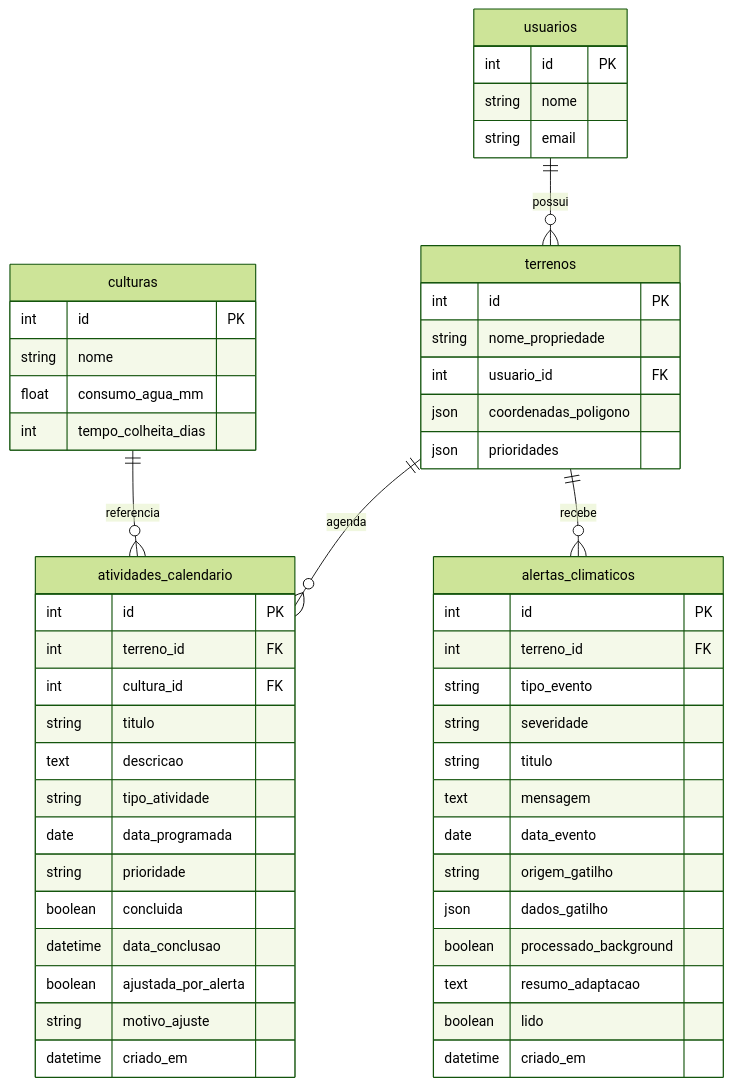
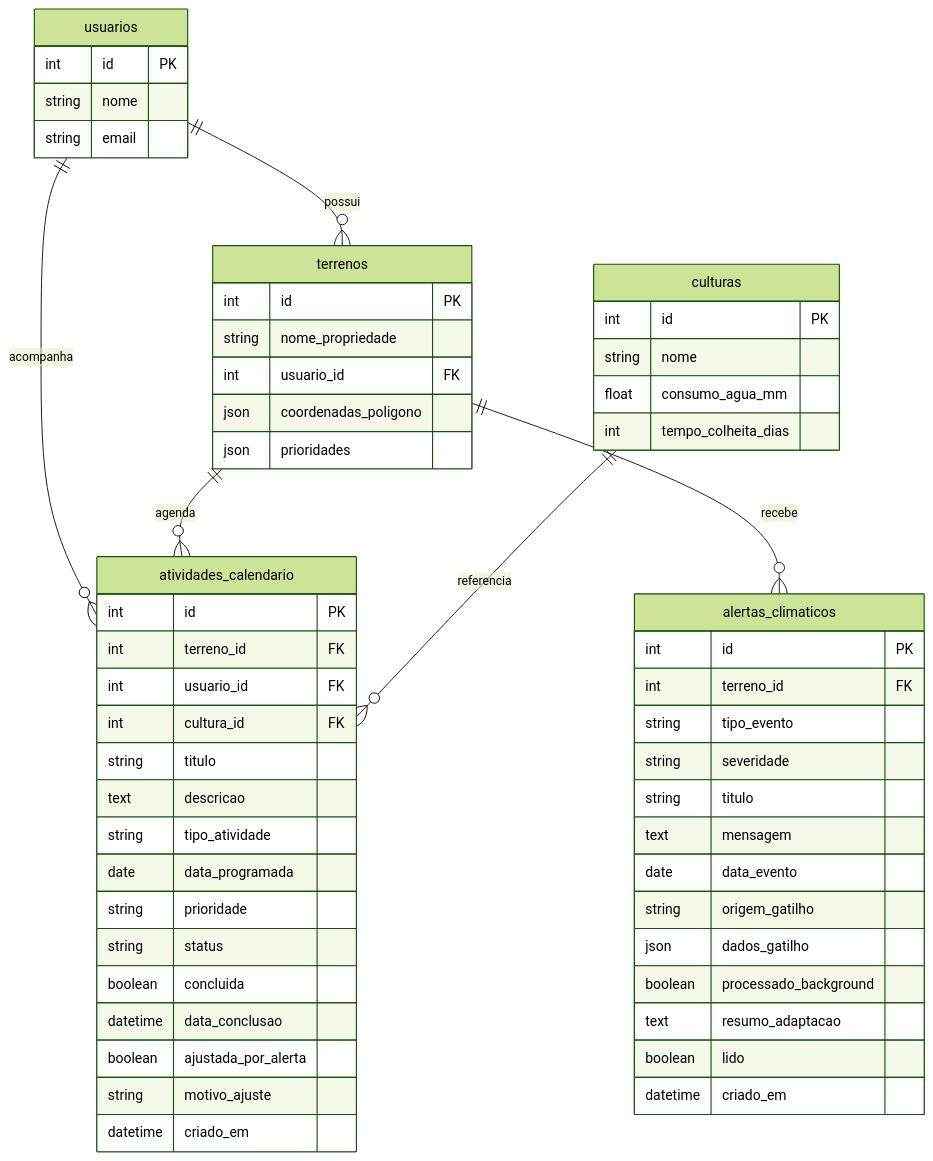
One commit to EdsonToppzera/kultiva changed the first of 3 diagrams in docs/Arquitetura/README.md. Above: the diagram before and after it, drawn with Mermaid (forest theme). The commit also changed other lines of this file and 1 other file, not shown here.

````diff
--- a/docs/Arquitetura/README.md
+++ b/docs/Arquitetura/README.md
@@ -7,60 +7,63 @@
 ```mermaid
 erDiagram
     usuarios ||--o{ terrenos : possui
+    usuarios ||--o{ atividades_calendario : acompanha
     terrenos ||--o{ atividades_calendario : agenda
     culturas ||--o{ atividades_calendario : referencia
     terrenos ||--o{ alertas_climaticos : recebe
 
     usuarios {
         int id PK
         string nome
         string email
     }
 
     terrenos {
         int id PK
         string nome_propriedade
         int usuario_id FK
         json coordenadas_poligono
         json prioridades
     }
 
     culturas {
         int id PK
         string nome
         float consumo_agua_mm
         int tempo_colheita_dias
     }
 
     atividades_calendario {
         int id PK
         int terreno_id FK
+        int usuario_id FK
         int cultura_id FK
         string titulo
         text descricao
         string tipo_atividade
         date data_programada
         string prioridade
+        string status
         boolean concluida
         datetime data_conclusao
         boolean ajustada_por_alerta
         string motivo_ajuste
         datetime criado_em
     }
 
     alertas_climaticos {
         int id PK
         int terreno_id FK
         string tipo_evento
         string severidade
         string titulo
         text mensagem
         date data_evento
         string origem_gatilho
         json dados_gatilho
         boolean processado_background
         text resumo_adaptacao
         boolean lido
         datetime criado_em
     }
 ```
````
